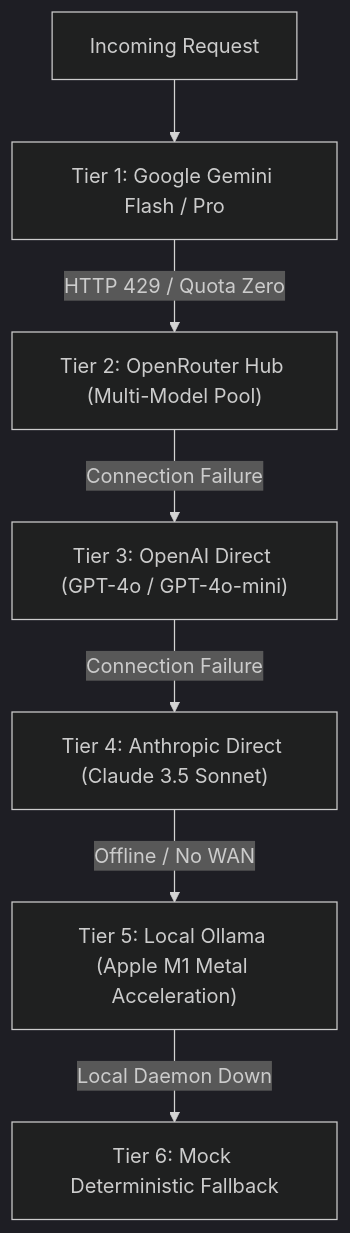
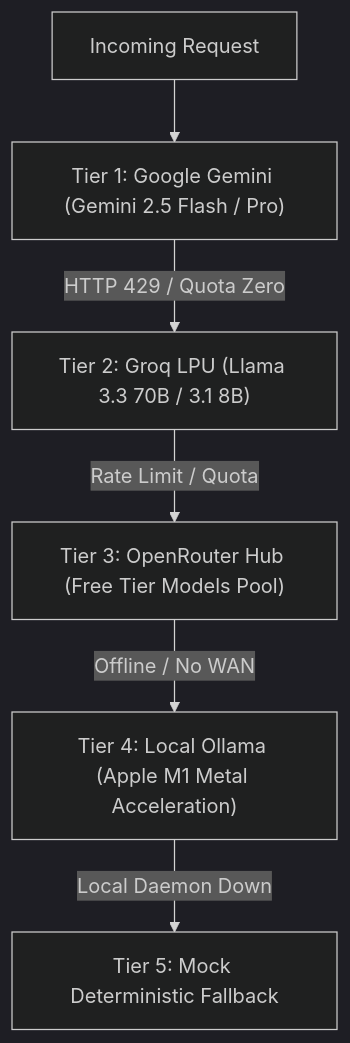
One commit to stefanutc1/datacenter changed the third of 4 diagrams in README.md. Above: the diagram before and after it, drawn with Mermaid (dark theme). The commit also changed other lines of this file and 8 other files, not shown here.

Commit message:
feat(ai): remove OpenAI/Claude and enforce free-tier cascade order Gemini -> Groq -> OpenRouter -> Local Ollama

````diff
--- a/README.md
+++ b/README.md
@@ -184,9 +184,8 @@
 ```mermaid
 graph TD
-    Request["Incoming Request"] --> T1["Tier 1: Google Gemini Flash / Pro"]
-    T1 -->|HTTP 429 / Quota Zero| T2["Tier 2: OpenRouter Hub (Multi-Model Pool)"]
-    T2 -->|Connection Failure| T3["Tier 3: OpenAI Direct (GPT-4o / GPT-4o-mini)"]
-    T3 -->|Connection Failure| T4["Tier 4: Anthropic Direct (Claude 3.5 Sonnet)"]
-    T4 -->|Offline / No WAN| T5["Tier 5: Local Ollama (Apple M1 Metal Acceleration)"]
-    T5 -->|Local Daemon Down| T6["Tier 6: Mock Deterministic Fallback"]
+    Request["Incoming Request"] --> T1["Tier 1: Google Gemini (Gemini 2.5 Flash / Pro)"]
+    T1 -->|HTTP 429 / Quota Zero| T2["Tier 2: Groq LPU (Llama 3.3 70B / 3.1 8B)"]
+    T2 -->|Rate Limit / Quota| T3["Tier 3: OpenRouter Hub (Free Tier Models Pool)"]
+    T3 -->|Offline / No WAN| T4["Tier 4: Local Ollama (Apple M1 Metal Acceleration)"]
+    T4 -->|Local Daemon Down| T5["Tier 5: Mock Deterministic Fallback"]
 ```
````
